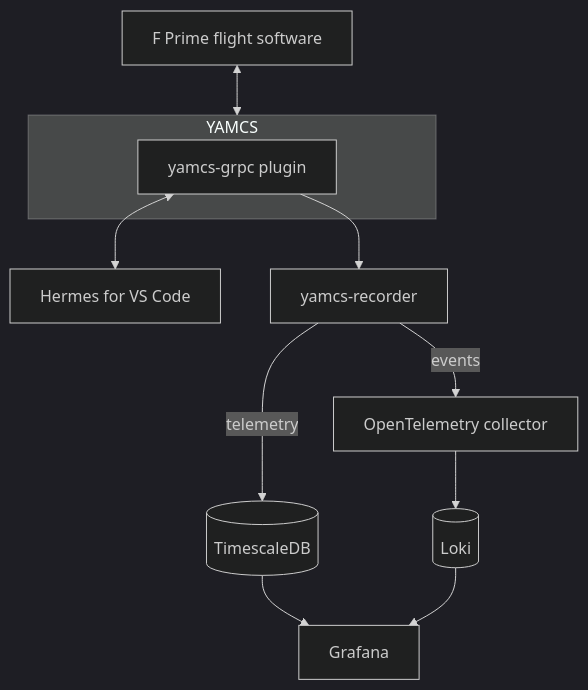
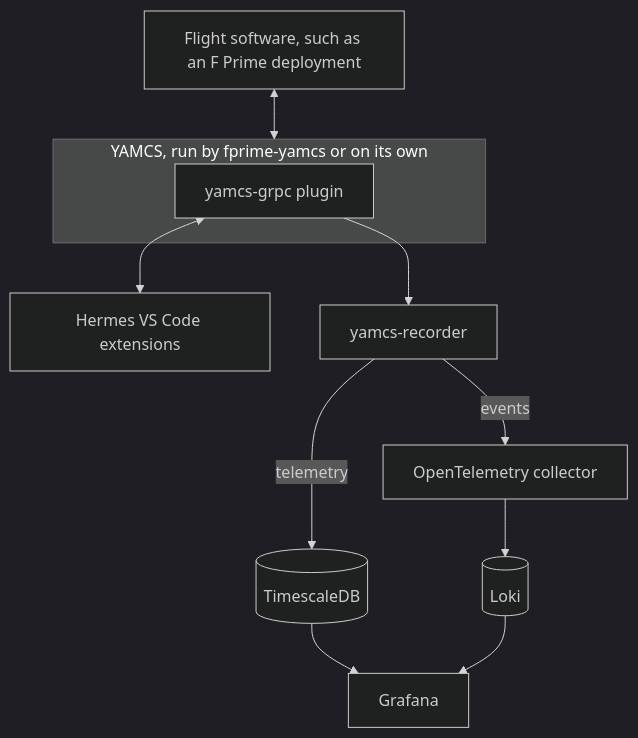
Before and after one commit to nasa/hermes: the diagram in README.md, drawn with Mermaid (dark theme). The commit also changed other lines of this file and 8 other files, not shown here.

````diff
--- a/README.md
+++ b/README.md
@@ -25,24 +28,24 @@
 ```mermaid
 flowchart TB
-    fsw["F Prime flight software"]
+    fsw["Flight software, such as an F Prime deployment"]
 
-    subgraph yamcs ["YAMCS"]
+    subgraph yamcs ["YAMCS, run by fprime-yamcs or on its own"]
         grpc["yamcs-grpc plugin"]
     end
 
-    vsc["Hermes for VS Code"]
+    vsc["Hermes VS Code extensions"]
     rec["yamcs-recorder"]
     ts[("TimescaleDB")]
     otel["OpenTelemetry collector"]
     loki[("Loki")]
     graf["Grafana"]
 
     fsw <--> yamcs
     grpc <--> vsc
     grpc --> rec
     rec -->|"telemetry"| ts
     rec -->|"events"| otel
     otel --> loki
     ts --> graf
     loki --> graf
 ```
````
